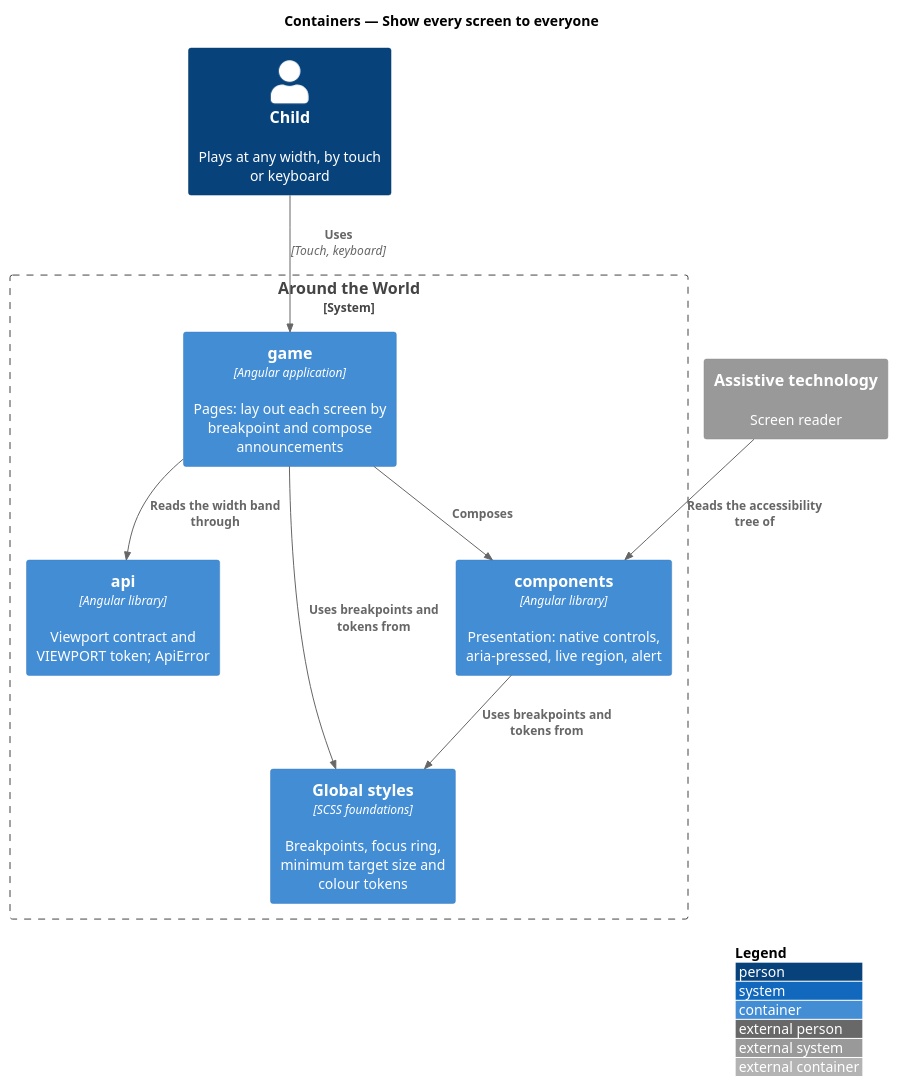
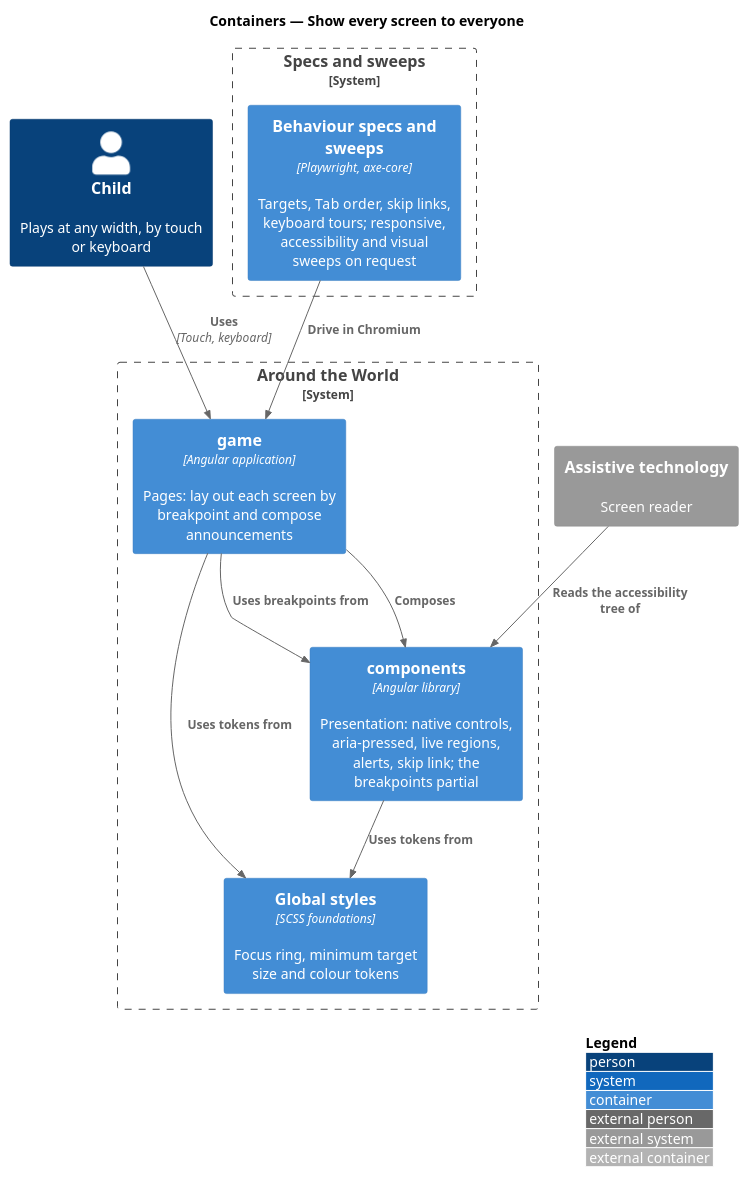
The diagram in docs/detailed-designs/platform/show-every-screen-to-everyone/diagrams/c4-container.puml (QuinntyneBrown/around-the-world), drawn with PlantUML before and after one commit. The commit also changed 34 other files, not shown here.

```diff
--- a/docs/detailed-designs/platform/show-every-screen-to-everyone/diagrams/c4-container.puml
+++ b/docs/detailed-designs/platform/show-every-screen-to-everyone/diagrams/c4-container.puml
@@ -1,20 +1,23 @@
 @startuml
 !include <C4/C4_Container>
 LAYOUT_WITH_LEGEND()
 title Containers — Show every screen to everyone
 
 Person(child, "Child", "Plays at any width, by touch or keyboard")
 System_Ext(at, "Assistive technology", "Screen reader")
 System_Boundary(atw, "Around the World") {
   Container(game, "game", "Angular application", "Pages: lay out each screen by breakpoint and compose announcements")
-  Container(components, "components", "Angular library", "Presentation: native controls, aria-pressed, live region, alert")
-  Container(apilib, "api", "Angular library", "Viewport contract and VIEWPORT token; ApiError")
-  Container(styles, "Global styles", "SCSS foundations", "Breakpoints, focus ring, minimum target size and colour tokens")
+  Container(components, "components", "Angular library", "Presentation: native controls, aria-pressed, live regions, alerts, skip link; the breakpoints partial")
+  Container(styles, "Global styles", "SCSS foundations", "Focus ring, minimum target size and colour tokens")
+}
+System_Boundary(tests, "Specs and sweeps") {
+  Container(specs, "Behaviour specs and sweeps", "Playwright, axe-core", "Targets, Tab order, skip links, keyboard tours; responsive, accessibility and visual sweeps on request")
 }
 Rel(child, game, "Uses", "Touch, keyboard")
 Rel(at, components, "Reads the accessibility tree of")
 Rel(game, components, "Composes")
-Rel(game, apilib, "Reads the width band through")
-Rel(game, styles, "Uses breakpoints and tokens from")
-Rel(components, styles, "Uses breakpoints and tokens from")
+Rel(specs, game, "Drive in Chromium")
+Rel(game, styles, "Uses tokens from")
+Rel(game, components, "Uses breakpoints from")
+Rel(components, styles, "Uses tokens from")
 @enduml
```
